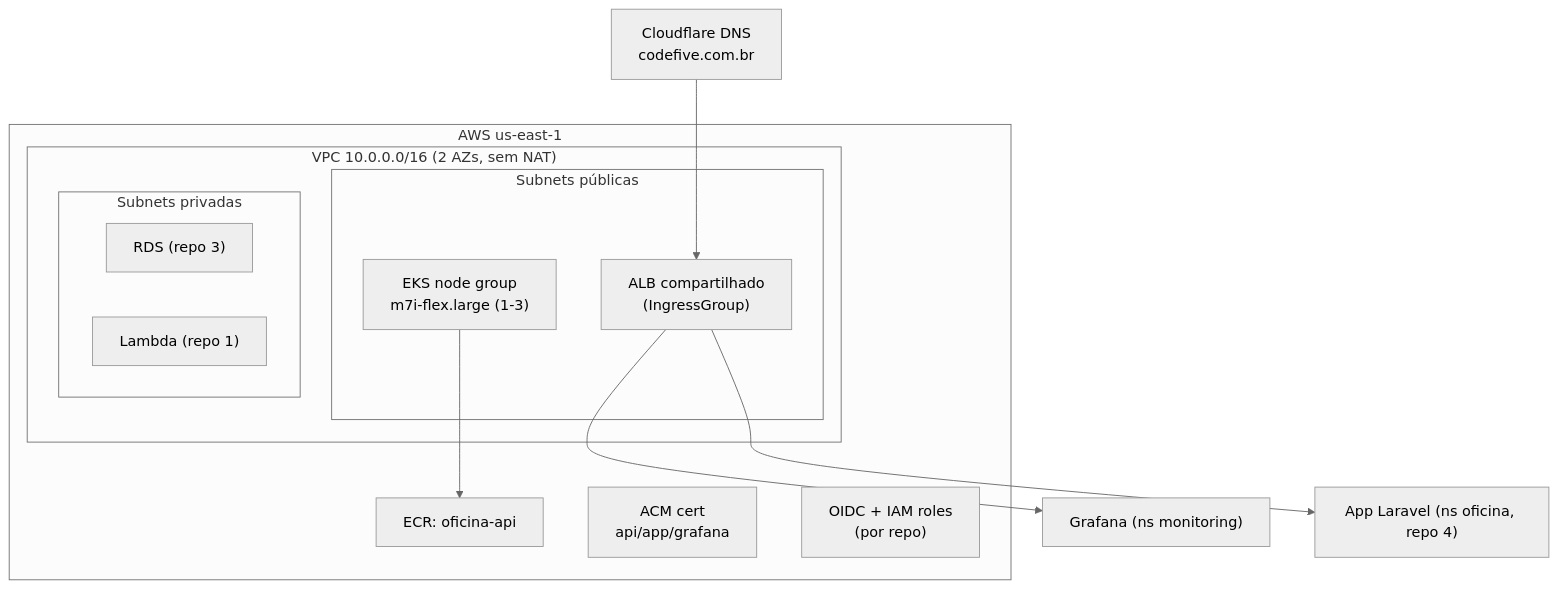
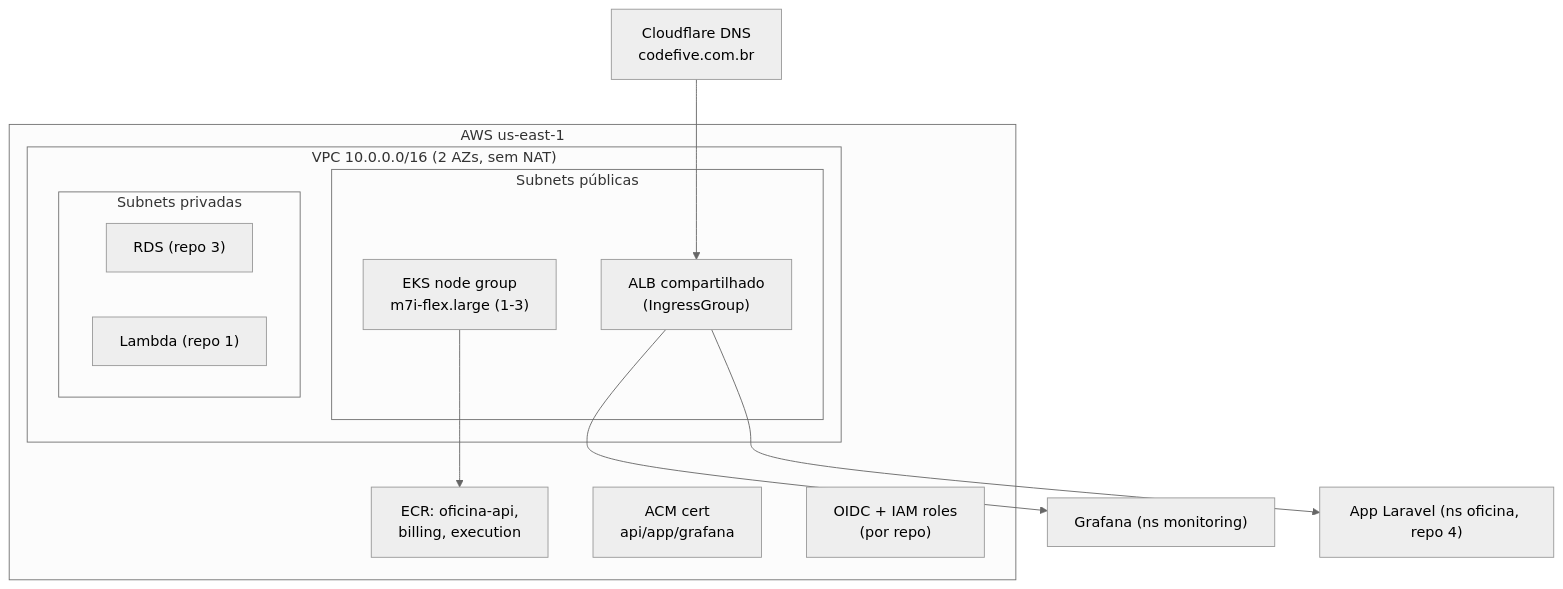
Before and after one commit to MicaelHernandes/oficina-k8s-infra: the diagram in README.md, drawn with Mermaid (neutral theme). The commit also changed other lines of this file and 9 other files, not shown here.

````diff
--- a/README.md
+++ b/README.md
@@ -24,22 +26,22 @@
 ```mermaid
 flowchart TB
   subgraph AWS["AWS us-east-1"]
     subgraph VPC["VPC 10.0.0.0/16 (2 AZs, sem NAT)"]
       subgraph Pub["Subnets públicas"]
         ALB["ALB compartilhado<br/>(IngressGroup)"]
         Nodes["EKS node group<br/>m7i-flex.large (1-3)"]
       end
       subgraph Priv["Subnets privadas"]
         RDSslot["RDS (repo 3)"]
         Lslot["Lambda (repo 1)"]
       end
     end
-    ECR["ECR: oficina-api"]
+    ECR["ECR: oficina-api,<br/>billing, execution"]
     ACM["ACM cert<br/>api/app/grafana"]
     OIDC["OIDC + IAM roles<br/>(por repo)"]
   end
   CF["Cloudflare DNS<br/>codefive.com.br"] --> ALB
   ALB --> Grafana["Grafana (ns monitoring)"]
   ALB --> App["App Laravel (ns oficina, repo 4)"]
   Nodes --> ECR
 ```
````
